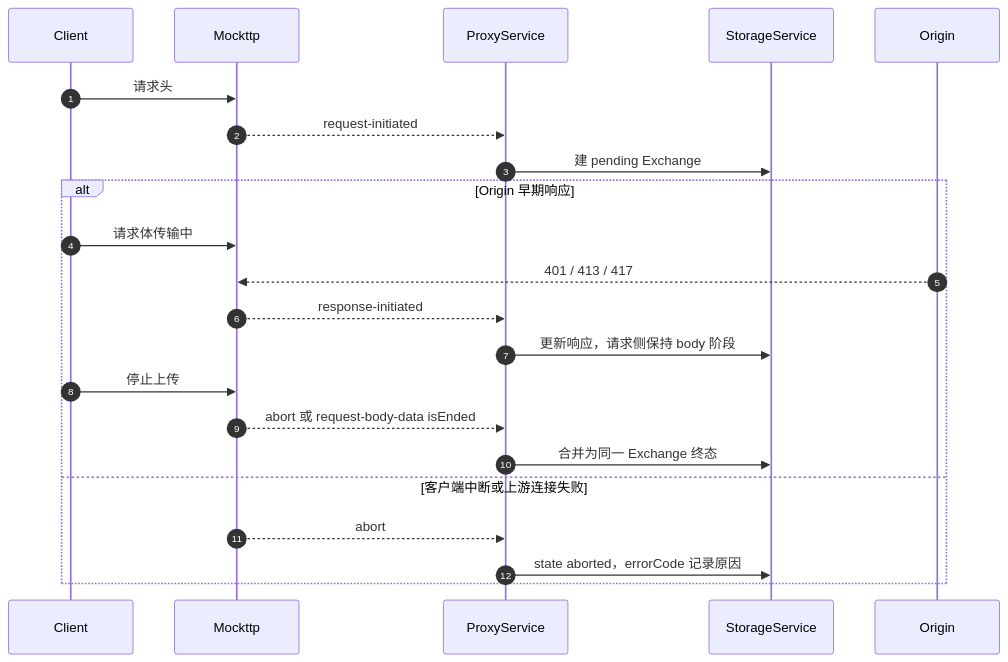
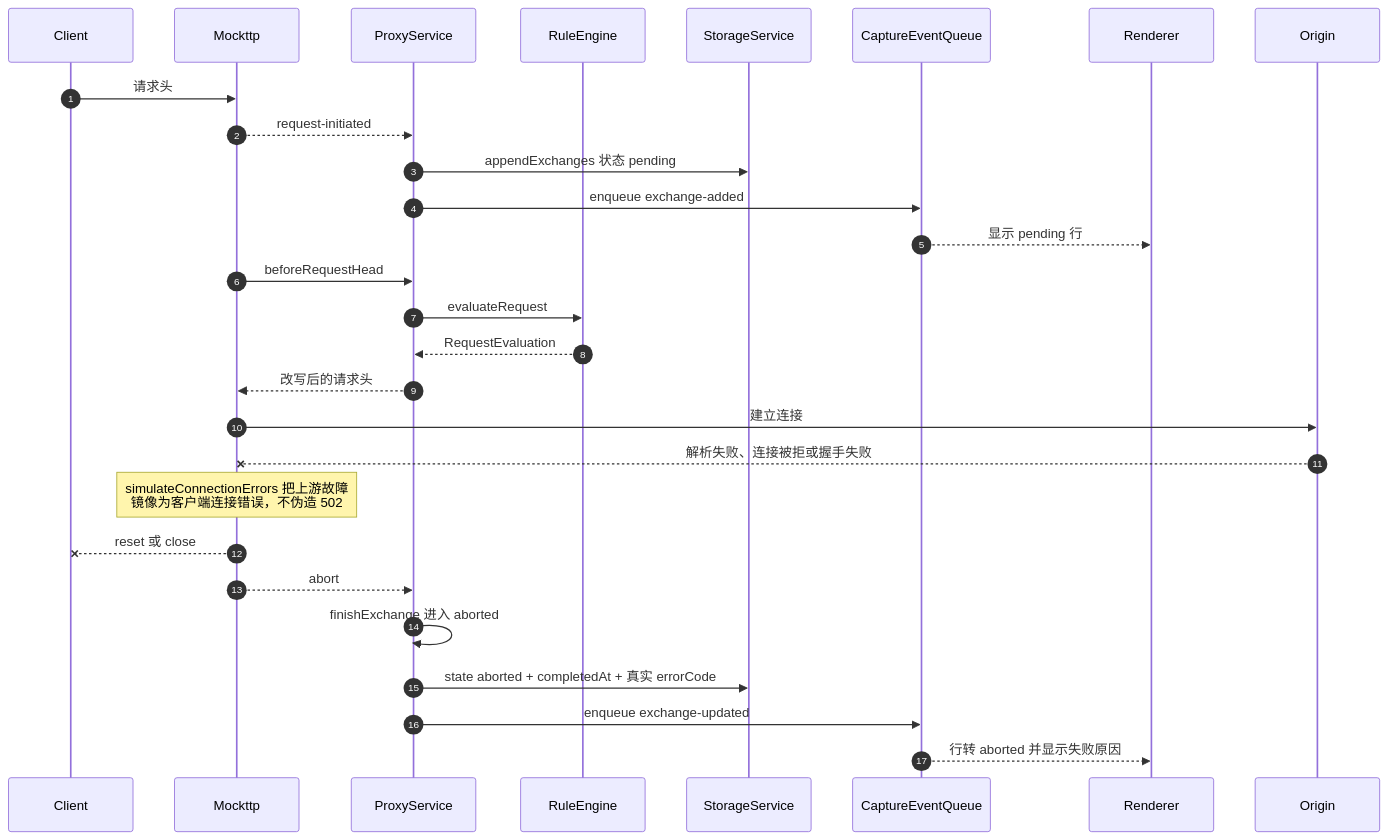
Before and after one commit to zhxmt-xm/Interceptor: the seventh of 13 diagrams in architecture/feature-capture.md, drawn with Mermaid. The commit also changed other lines of this file and 28 other files, not shown here.

````diff
--- a/architecture/feature-capture.md
+++ b/architecture/feature-capture.md
@@ -383,26 +647,34 @@
 ```mermaid
 sequenceDiagram
     autonumber
     participant Client
     participant Mockttp
     participant Proxy as ProxyService
+    participant Rules as RuleEngine
     participant Storage as StorageService
+    participant Queue as CaptureEventQueue
+    participant UI as Renderer
     participant Origin
 
     Client->>Mockttp: 请求头
     Mockttp-->>Proxy: request-initiated
-    Proxy->>Storage: 建 pending Exchange
+    Proxy->>Storage: appendExchanges 状态 pending
+    Proxy->>Queue: enqueue exchange-added
+    Queue-->>UI: 显示 pending 行
 
-    alt Origin 早期响应
-        Client->>Mockttp: 请求体传输中
-        Origin-->>Mockttp: 401 / 413 / 417
-        Mockttp-->>Proxy: response-initiated
-        Proxy->>Storage: 更新响应，请求侧保持 body 阶段
-        Client->>Mockttp: 停止上传
-        Mockttp-->>Proxy: abort 或 request-body-data isEnded
-        Proxy->>Storage: 合并为同一 Exchange 终态
-    else 客户端中断或上游连接失败
-        Mockttp-->>Proxy: abort
-        Proxy->>Storage: state aborted，errorCode 记录原因
-    end
+    Mockttp->>Proxy: beforeRequestHead
+    Proxy->>Rules: evaluateRequest
+    Rules-->>Proxy: RequestEvaluation
+    Proxy-->>Mockttp: 改写后的请求头
+
+    Mockttp->>Origin: 建立连接
+    Origin--xMockttp: 解析失败、连接被拒或握手失败
+    Note over Mockttp: simulateConnectionErrors 把上游故障<br/>镜像为客户端连接错误，不伪造 502
+    Mockttp--xClient: reset 或 close
+    Mockttp-->>Proxy: abort
+
+    Proxy->>Proxy: finishExchange 进入 aborted
+    Proxy->>Storage: state aborted + completedAt + 真实 errorCode
+    Proxy->>Queue: enqueue exchange-updated
+    Queue-->>UI: 行转 aborted 并显示失败原因
 ```
````
